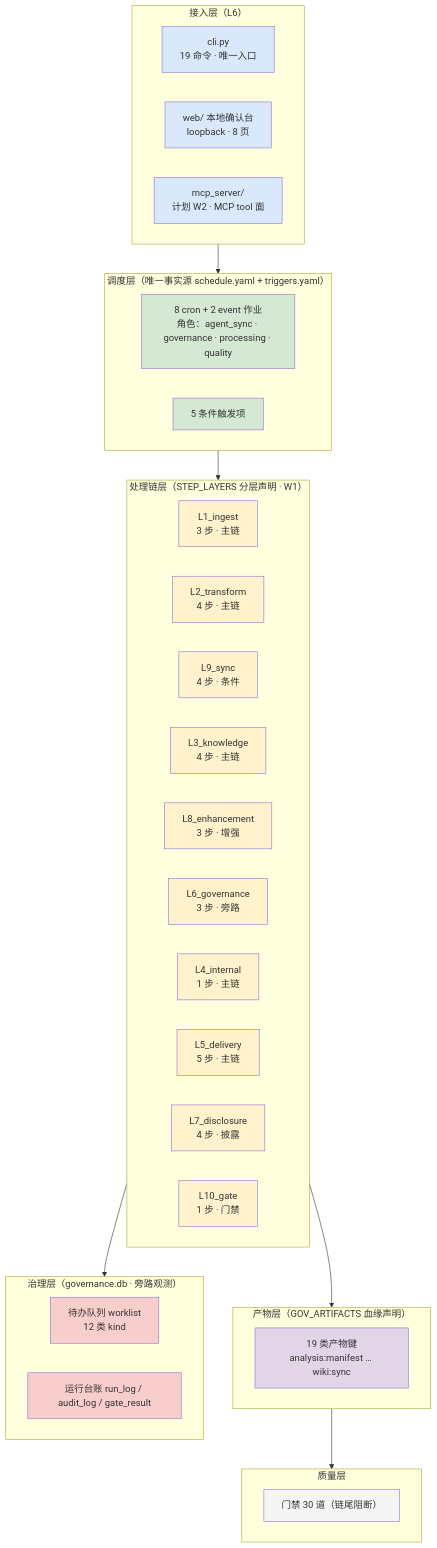
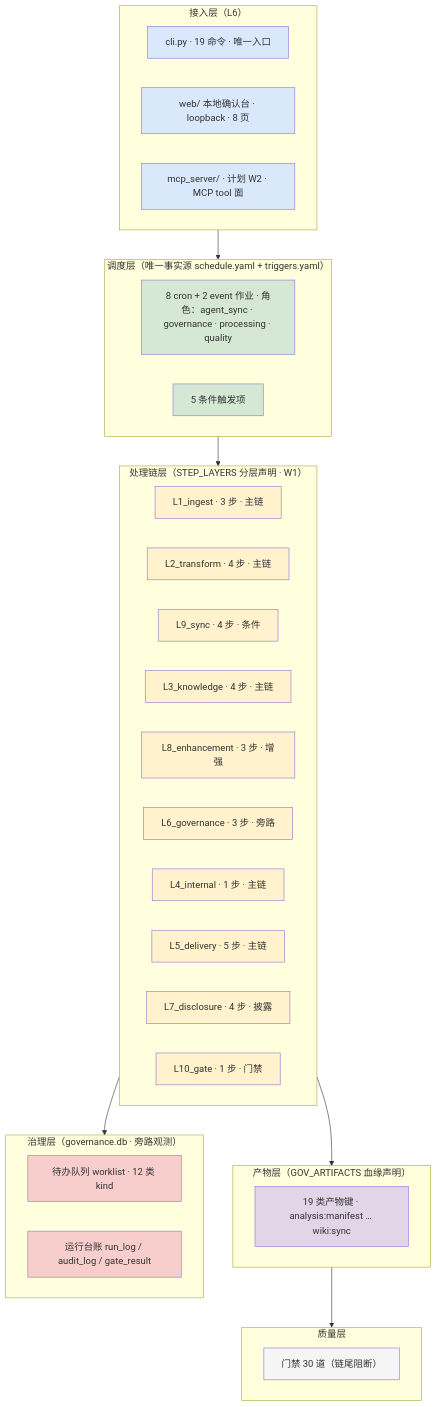
The third of 4 diagrams in README.md (wangtierui/orchestrator), drawn with Mermaid before and after one commit. The commit also changed other lines of this file and 73 other files, not shown here.

````diff
--- a/README.md
+++ b/README.md
@@ -234,58 +260,58 @@
 ```mermaid
 flowchart TB
-  subgraph ACC["接入层（L6）"]
-    CLI["cli.py<br/>19 命令 · 唯一入口"]
-    WEB["web/ 本地确认台<br/>loopback · 8 页"]
-    MCP["mcp_server/<br/>计划 W2 · MCP tool 面"]
+  subgraph ACC[接入层（L6）]
+    CLI[cli.py · 19 命令 · 唯一入口]
+    WEB[web/ 本地确认台 · loopback · 8 页]
+    MCP[mcp_server/ · 计划 W2 · MCP tool 面]
   end
-  subgraph SCHED["调度层（唯一事实源 schedule.yaml + triggers.yaml）"]
-    JOB["8 cron + 2 event 作业<br/>角色：agent_sync · governance · processing · quality"]
-    TRG["5 条件触发项"]
+  subgraph SCHED[调度层（唯一事实源 schedule.yaml + triggers.yaml）]
+    JOB[8 cron + 2 event 作业 · 角色：agent_sync · governance · processing · quality]
+    TRG[5 条件触发项]
   end
-  subgraph CHAIN["处理链层（STEP_LAYERS 分层声明 · W1）"]
-    L1ingest["L1_ingest<br/>3 步 · 主链"]
-    L2transform["L2_transform<br/>4 步 · 主链"]
-    L9sync["L9_sync<br/>4 步 · 条件"]
-    L3knowledge["L3_knowledge<br/>4 步 · 主链"]
-    L8enhancement["L8_enhancement<br/>3 步 · 增强"]
-    L6governance["L6_governance<br/>3 步 · 旁路"]
-    L4internal["L4_internal<br/>1 步 · 主链"]
-    L5delivery["L5_delivery<br/>5 步 · 主链"]
-    L7disclosure["L7_disclosure<br/>4 步 · 披露"]
-    L10gate["L10_gate<br/>1 步 · 门禁"]
+  subgraph CHAIN[处理链层（STEP_LAYERS 分层声明 · W1）]
+    L1ingest[L1_ingest · 3 步 · 主链]
+    L2transform[L2_transform · 4 步 · 主链]
+    L9sync[L9_sync · 4 步 · 条件]
+    L3knowledge[L3_knowledge · 4 步 · 主链]
+    L8enhancement[L8_enhancement · 3 步 · 增强]
+    L6governance[L6_governance · 3 步 · 旁路]
+    L4internal[L4_internal · 1 步 · 主链]
+    L5delivery[L5_delivery · 5 步 · 主链]
+    L7disclosure[L7_disclosure · 4 步 · 披露]
+    L10gate[L10_gate · 1 步 · 门禁]
   end
-  subgraph ART["产物层（GOV_ARTIFACTS 血缘声明）"]
-    ARTN["19 类产物键<br/>analysis:manifest … wiki:sync"]
+  subgraph ART[产物层（GOV_ARTIFACTS 血缘声明）]
+    ARTN[19 类产物键 · analysis:manifest … wiki:sync]
   end
-  subgraph GOV["治理层（governance.db · 旁路观测）"]
-    WL["待办队列 worklist<br/>12 类 kind"]
-    LED["运行台账 run_log / audit_log / gate_result"]
+  subgraph GOV[治理层（governance.db · 旁路观测）]
+    WL[待办队列 worklist · 12 类 kind]
+    LED[运行台账 run_log / audit_log / gate_result]
   end
-  subgraph QUAL["质量层"]
-    GATES["门禁 30 道（链尾阻断）"]
+  subgraph QUAL[质量层]
+    GATES[门禁 30 道（链尾阻断）]
   end
   ACC --> SCHED --> CHAIN --> ART
   CHAIN --> GOV
   ART --> QUAL
   classDef acc fill:#dae8fc
   classDef sched fill:#d5e8d4
   classDef chain fill:#fff2cc
   classDef art fill:#e1d5e7
   classDef gov fill:#f8cecc
   classDef qual fill:#f5f5f5
   class CLI,WEB,MCP acc
   class JOB,TRG sched
   class L1ingest chain
   class L2transform chain
   class L9sync chain
   class L3knowledge chain
   class L8enhancement chain
   class L6governance chain
   class L4internal chain
   class L5delivery chain
   class L7disclosure chain
   class L10gate chain
   class ARTN art
   class WL,LED gov
   class GATES qual
 ```
````
